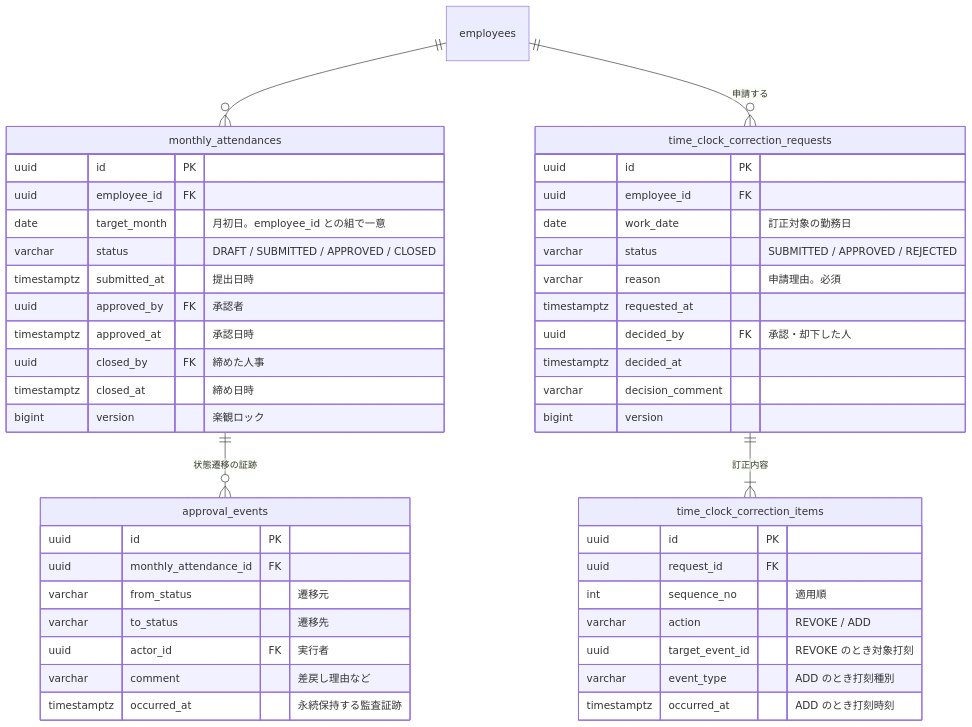
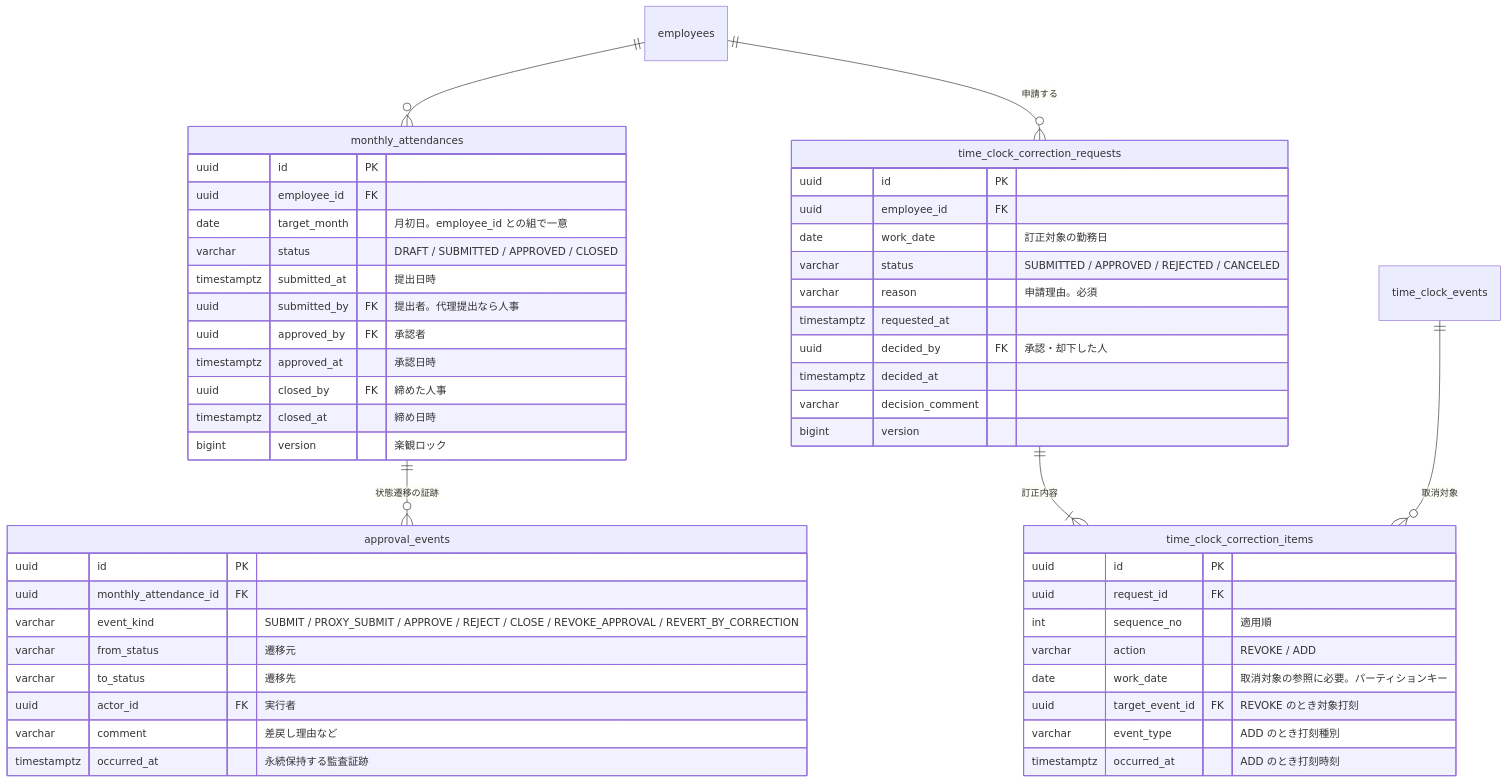
One commit to masaki-i02/newJavaProject changed the diagram in doc/02_詳細設計/05_申請承認と締め/diagrams/ER図.mmd. Above: the diagram before and after it, drawn with Mermaid. The commit also changed 14 other files, not shown here.

```diff
--- a/doc/02_詳細設計/05_申請承認と締め/diagrams/ER図.mmd
+++ b/doc/02_詳細設計/05_申請承認と締め/diagrams/ER図.mmd
@@ -1,48 +1,52 @@
 erDiagram
     employees ||--o{ monthly_attendances : ""
     monthly_attendances ||--o{ approval_events : "状態遷移の証跡"
     employees ||--o{ time_clock_correction_requests : "申請する"
     time_clock_correction_requests ||--|{ time_clock_correction_items : "訂正内容"
+    time_clock_events ||--o{ time_clock_correction_items : "取消対象"
 
     monthly_attendances {
         uuid id PK
         uuid employee_id FK
         date target_month "月初日。employee_id との組で一意"
         varchar status "DRAFT / SUBMITTED / APPROVED / CLOSED"
         timestamptz submitted_at "提出日時"
+        uuid submitted_by FK "提出者。代理提出なら人事"
         uuid approved_by FK "承認者"
         timestamptz approved_at "承認日時"
         uuid closed_by FK "締めた人事"
         timestamptz closed_at "締め日時"
         bigint version "楽観ロック"
     }
     approval_events {
         uuid id PK
         uuid monthly_attendance_id FK
+        varchar event_kind "SUBMIT / PROXY_SUBMIT / APPROVE / REJECT / CLOSE / REVOKE_APPROVAL / REVERT_BY_CORRECTION"
         varchar from_status "遷移元"
         varchar to_status "遷移先"
         uuid actor_id FK "実行者"
         varchar comment "差戻し理由など"
         timestamptz occurred_at "永続保持する監査証跡"
     }
     time_clock_correction_requests {
         uuid id PK
         uuid employee_id FK
         date work_date "訂正対象の勤務日"
-        varchar status "SUBMITTED / APPROVED / REJECTED"
+        varchar status "SUBMITTED / APPROVED / REJECTED / CANCELED"
         varchar reason "申請理由。必須"
         timestamptz requested_at
         uuid decided_by FK "承認・却下した人"
         timestamptz decided_at
         varchar decision_comment
         bigint version
     }
     time_clock_correction_items {
         uuid id PK
         uuid request_id FK
         int sequence_no "適用順"
         varchar action "REVOKE / ADD"
-        uuid target_event_id "REVOKE のとき対象打刻"
+        date work_date "取消対象の参照に必要。パーティションキー"
+        uuid target_event_id FK "REVOKE のとき対象打刻"
         varchar event_type "ADD のとき打刻種別"
         timestamptz occurred_at "ADD のとき打刻時刻"
     }
```
